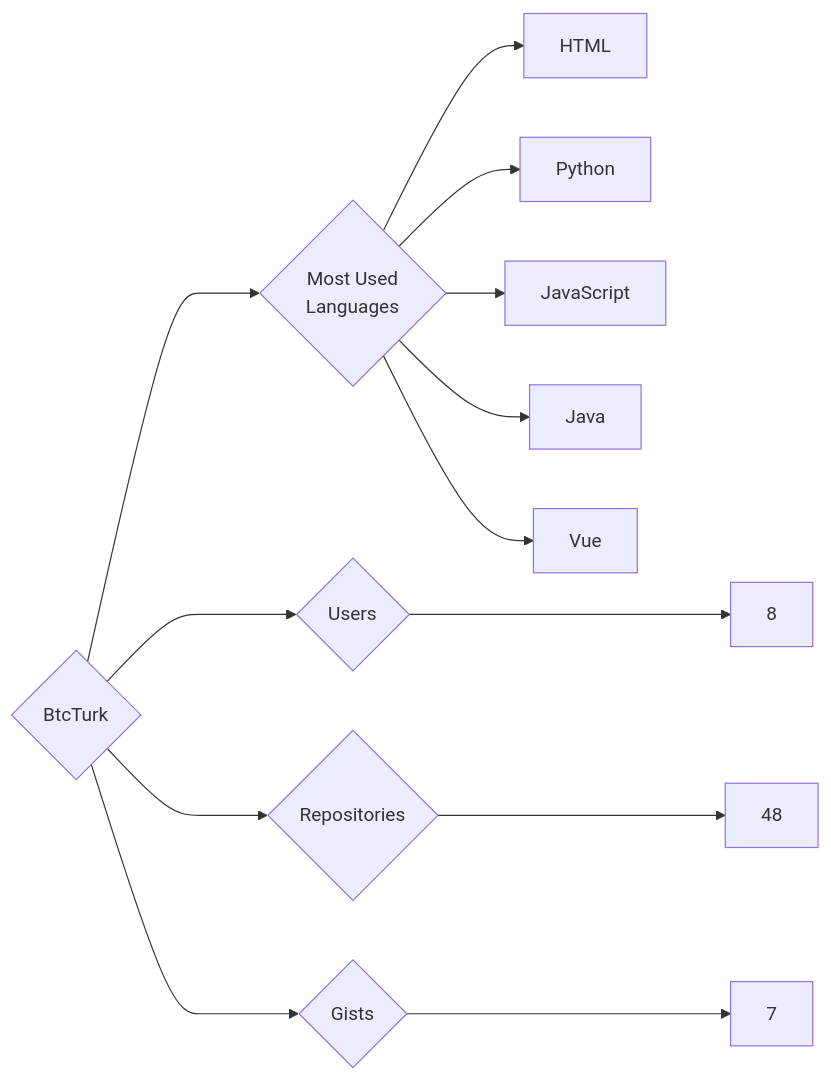
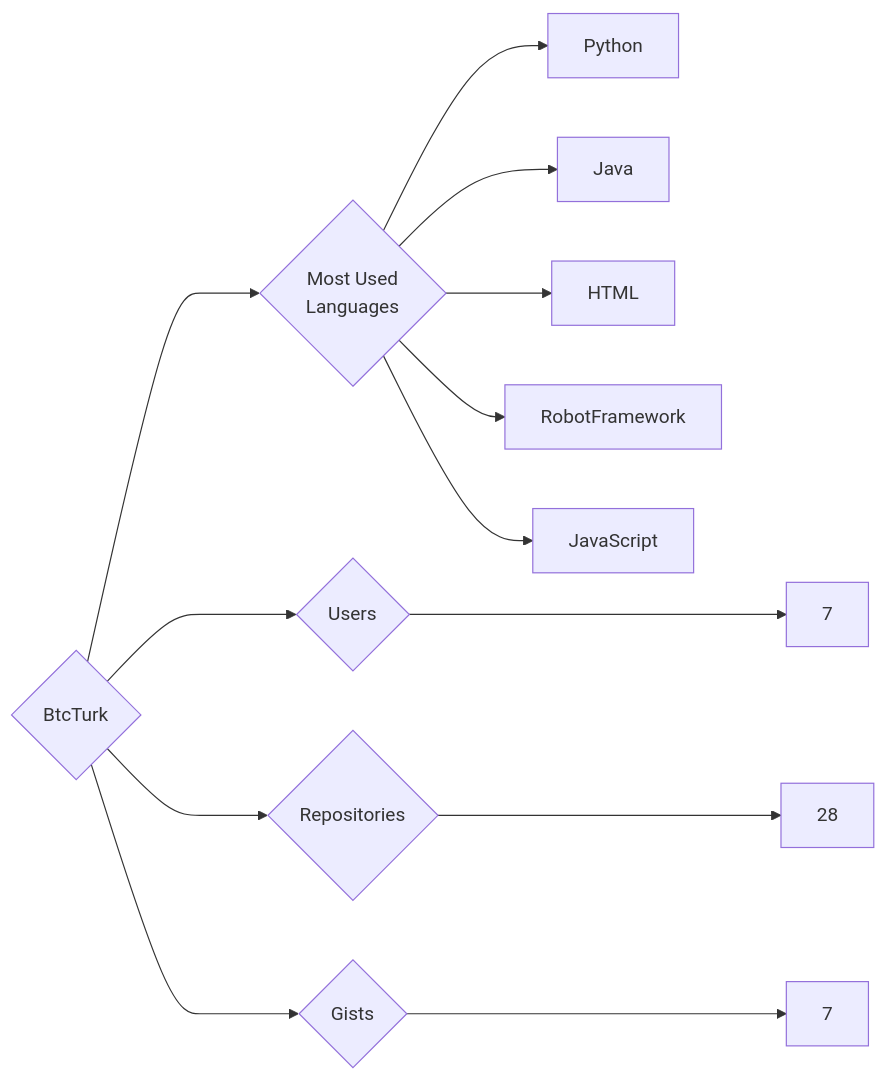
The diagram in targets/BtcTurk/README.md (trickest/insiders), drawn with Mermaid before and after one commit. The commit also changed 873 other files, not shown here.

````diff
--- a/targets/BtcTurk/README.md
+++ b/targets/BtcTurk/README.md
@@ -3,13 +3,13 @@
 ```mermaid
 graph LR
 COMPANY_NAME{BtcTurk}
-COMPANY_NAME ---> U{Users} ---> UN[8]
-COMPANY_NAME ---> R{Repositories} ---> RN[48]
+COMPANY_NAME ---> U{Users} ---> UN[7]
+COMPANY_NAME ---> R{Repositories} ---> RN[28]
 COMPANY_NAME ---> G{Gists} ---> GN[7]
 COMPANY_NAME ---> ML{Most Used<br>Languages}
+ML --> Python[Python]
+ML --> Java[Java]
 ML --> HTML[HTML]
-ML --> Python[Python]
+ML --> RobotFramework[RobotFramework]
 ML --> JavaScript[JavaScript]
-ML --> Java[Java]
-ML --> Vue[Vue]
 ```
````
